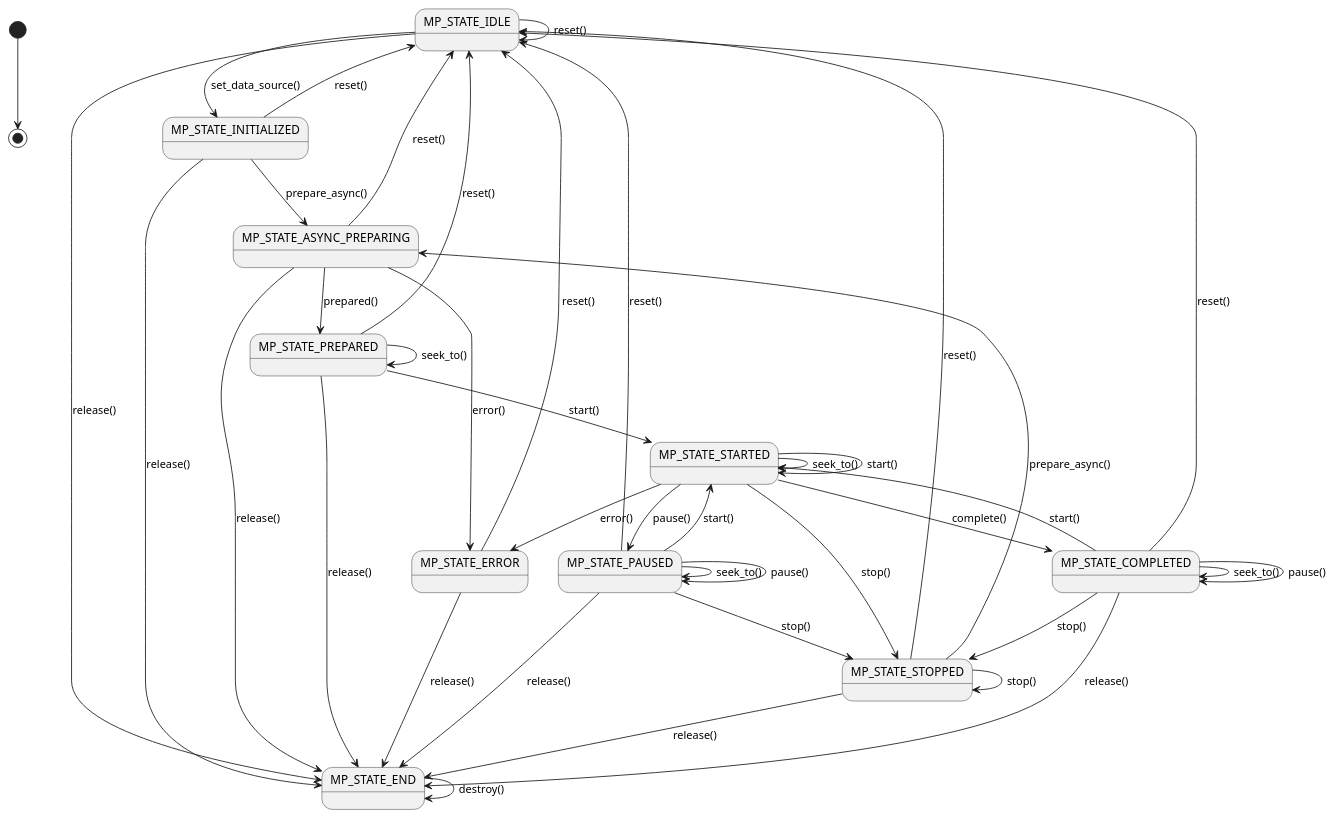
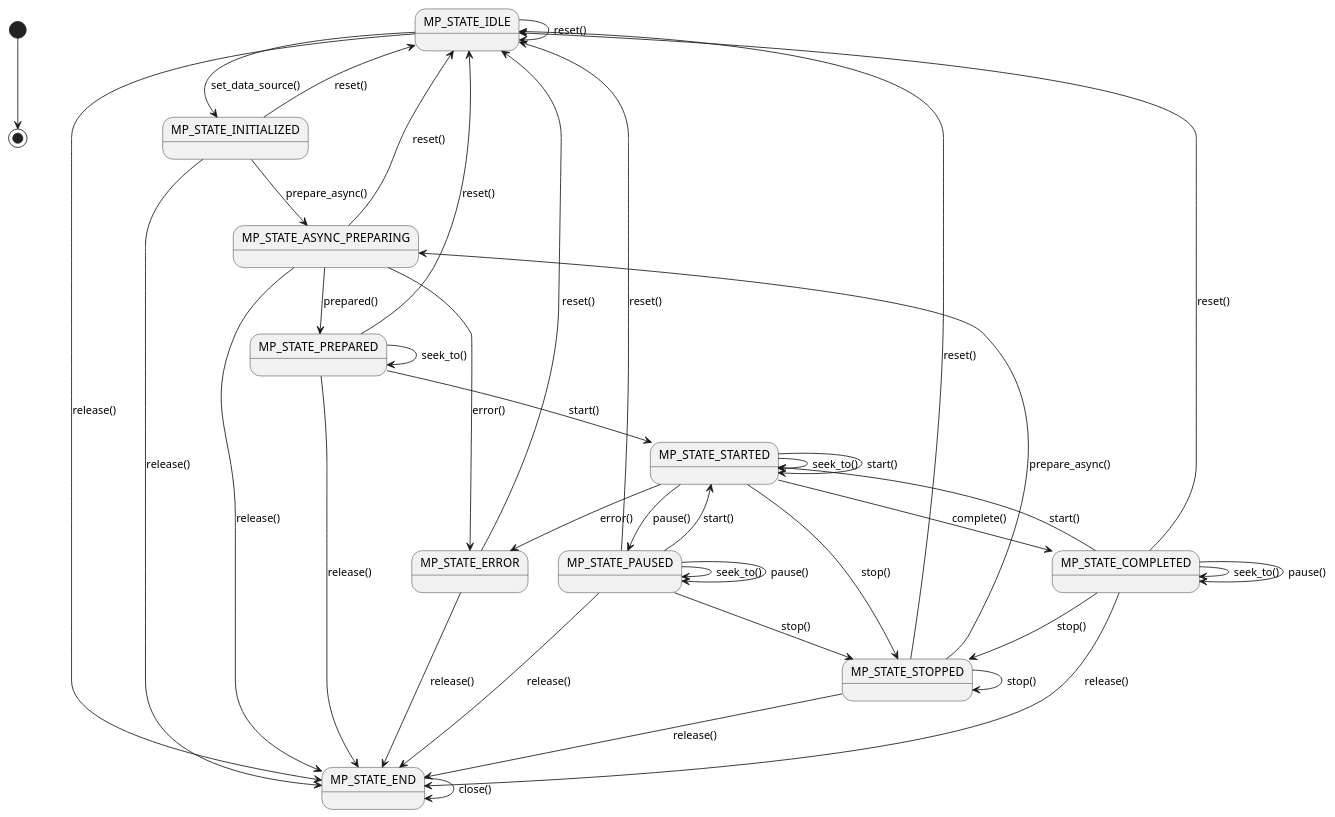
One commit to biezhihua/SMusic changed the diagram in doc/IjkPlayer/State/ijkplayer-state.puml. Above: the diagram before and after it, drawn with PlantUML. The commit also changed 20 other files, not shown here.

```diff
--- a/doc/IjkPlayer/State/ijkplayer-state.puml
+++ b/doc/IjkPlayer/State/ijkplayer-state.puml
@@ -1,55 +1,55 @@
 @startuml
 
 [*] --> [*]
 
 MP_STATE_IDLE --> MP_STATE_INITIALIZED:set_data_source()
 MP_STATE_IDLE --> MP_STATE_IDLE:reset()
 MP_STATE_IDLE --> MP_STATE_END:release()
 
 MP_STATE_INITIALIZED --> MP_STATE_ASYNC_PREPARING:prepare_async()
 MP_STATE_INITIALIZED --> MP_STATE_IDLE:reset()
 MP_STATE_INITIALIZED --> MP_STATE_END:release()
 
 MP_STATE_ASYNC_PREPARING --> MP_STATE_PREPARED:prepared()
 MP_STATE_ASYNC_PREPARING --> MP_STATE_ERROR:error()
 MP_STATE_ASYNC_PREPARING --> MP_STATE_IDLE:reset()
 MP_STATE_ASYNC_PREPARING --> MP_STATE_END:release()
 
 MP_STATE_PREPARED --> MP_STATE_PREPARED:seek_to()
 MP_STATE_PREPARED --> MP_STATE_STARTED:start()
 MP_STATE_PREPARED --> MP_STATE_IDLE:reset()
 MP_STATE_PREPARED --> MP_STATE_END:release()
 
 MP_STATE_STARTED --> MP_STATE_STARTED:seek_to()
 MP_STATE_STARTED --> MP_STATE_STARTED:start()
 MP_STATE_STARTED --> MP_STATE_PAUSED:pause()
 MP_STATE_STARTED --> MP_STATE_STOPPED:stop()
 MP_STATE_STARTED --> MP_STATE_COMPLETED:complete()
 MP_STATE_STARTED --> MP_STATE_ERROR:error()
 
 MP_STATE_PAUSED --> MP_STATE_PAUSED:seek_to()
 MP_STATE_PAUSED --> MP_STATE_STARTED:start()
 MP_STATE_PAUSED --> MP_STATE_PAUSED:pause()
 MP_STATE_PAUSED --> MP_STATE_STOPPED:stop()
 MP_STATE_PAUSED --> MP_STATE_IDLE:reset()
 MP_STATE_PAUSED --> MP_STATE_END:release()
 
 MP_STATE_STOPPED --> MP_STATE_STOPPED:stop()
 MP_STATE_STOPPED --> MP_STATE_ASYNC_PREPARING:prepare_async()
 MP_STATE_STOPPED --> MP_STATE_IDLE:reset()
 MP_STATE_STOPPED --> MP_STATE_END:release()
 
 MP_STATE_COMPLETED --> MP_STATE_COMPLETED:seek_to()
 MP_STATE_COMPLETED --> MP_STATE_STARTED:start()
 MP_STATE_COMPLETED --> MP_STATE_COMPLETED:pause()
 MP_STATE_COMPLETED --> MP_STATE_STOPPED:stop()
 MP_STATE_COMPLETED --> MP_STATE_IDLE:reset()
 MP_STATE_COMPLETED --> MP_STATE_END:release()
 
 MP_STATE_ERROR --> MP_STATE_IDLE:reset()
 MP_STATE_ERROR --> MP_STATE_END:release()
 
-MP_STATE_END --> MP_STATE_END:destroy()
+MP_STATE_END --> MP_STATE_END:close()
 
 
 @enduml
```
